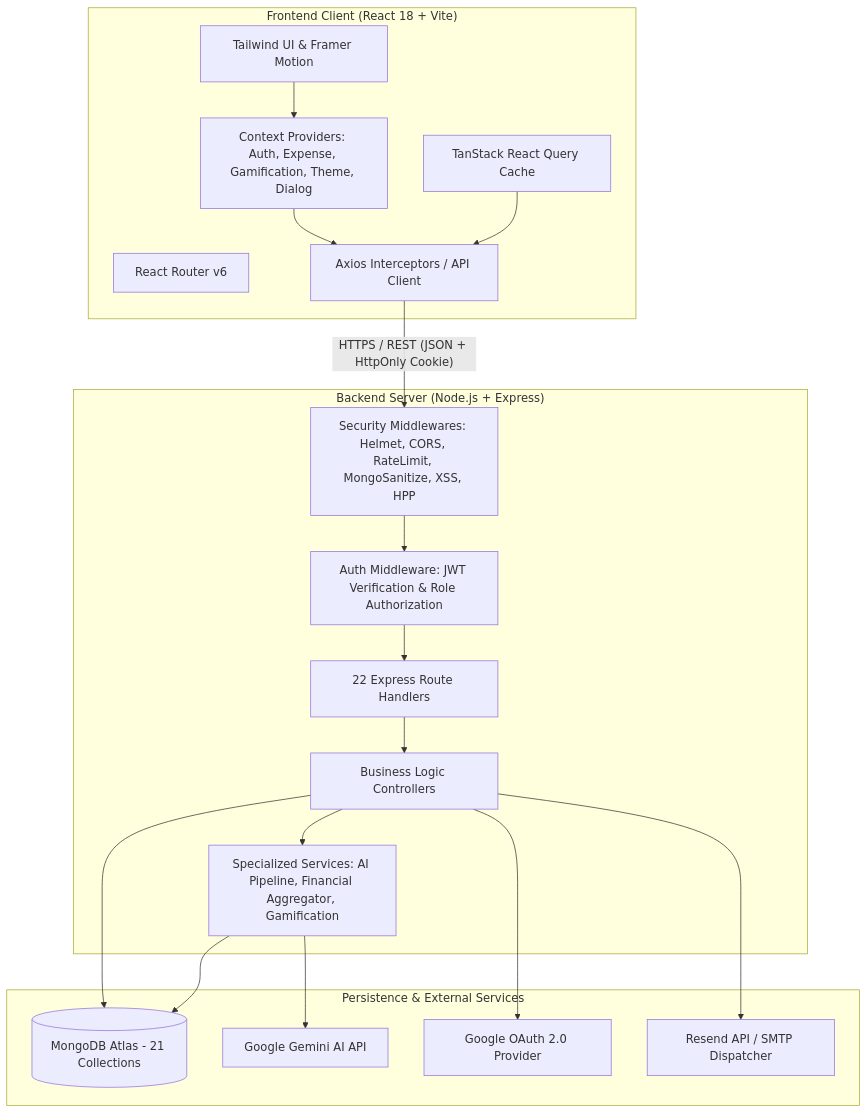
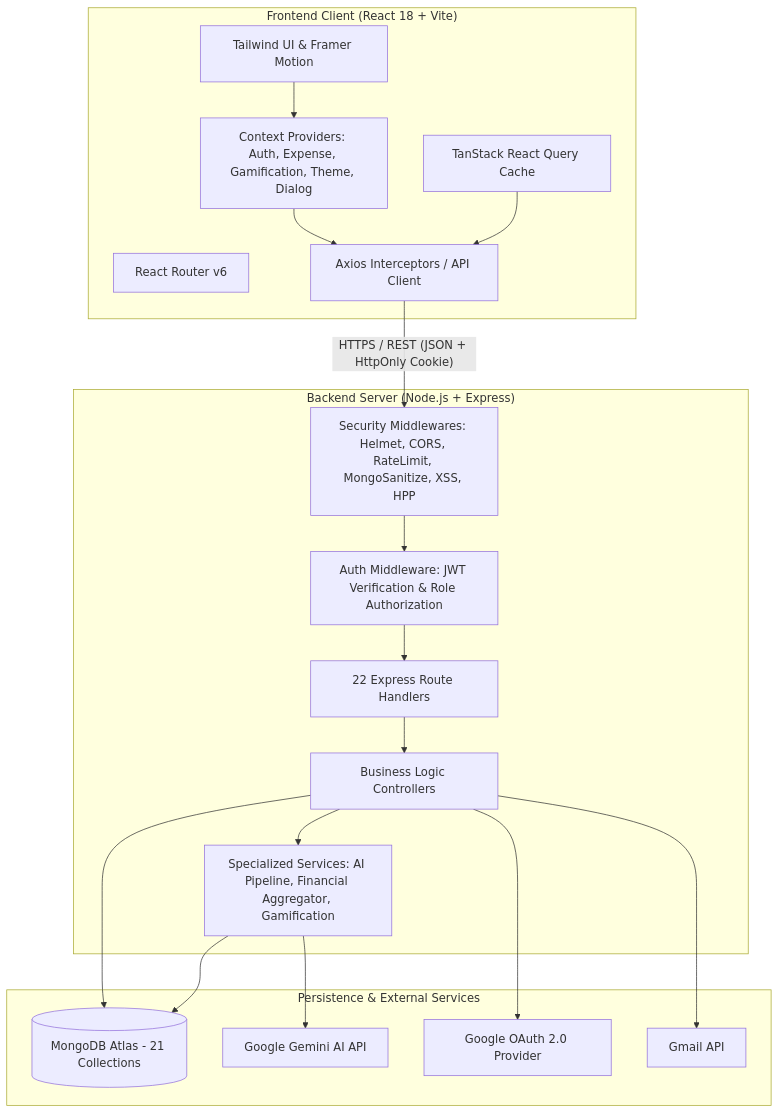
One commit to adityadhobale1710/Expense-Tracker changed the first of 4 diagrams in Expense_Tracker_MERN_System_Architecture.md. Above: the diagram before and after it, drawn with Mermaid. The commit also changed 16 other files, not shown here.

Commit message:
feat: implement user authentication system with email verification, JWT token refresh, and extended user model schema

````diff
--- a/Expense_Tracker_MERN_System_Architecture.md
+++ b/Expense_Tracker_MERN_System_Architecture.md
@@ -13,39 +13,39 @@
 ```mermaid
 graph TD
     subgraph Client_Layer ["Frontend Client (React 18 + Vite)"]
         UI[Tailwind UI & Framer Motion]
         Router[React Router v6]
         Context[Context Providers: Auth, Expense, Gamification, Theme, Dialog]
         AxiosClient[Axios Interceptors / API Client]
         Query[TanStack React Query Cache]
     end
 
     subgraph API_Gateway ["Backend Server (Node.js + Express)"]
         SecurityMW[Security Middlewares: Helmet, CORS, RateLimit, MongoSanitize, XSS, HPP]
         AuthMW[Auth Middleware: JWT Verification & Role Authorization]
         RouteLayer[22 Express Route Handlers]
         ControllerLayer[Business Logic Controllers]
         ServiceLayer[Specialized Services: AI Pipeline, Financial Aggregator, Gamification]
     end
 
     subgraph Data_Layer ["Persistence & External Services"]
         MongoDB[(MongoDB Atlas - 21 Collections)]
         GeminiAPI[Google Gemini AI API]
         OAuthProvider[Google OAuth 2.0 Provider]
-        EmailService[Resend API / SMTP Dispatcher]
+        EmailService[Gmail API]
     end
 
     UI --> Context
     Context --> AxiosClient
     Query --> AxiosClient
     AxiosClient -- "HTTPS / REST (JSON + HttpOnly Cookie)" --> SecurityMW
     SecurityMW --> AuthMW
     AuthMW --> RouteLayer
     RouteLayer --> ControllerLayer
     ControllerLayer --> ServiceLayer
     ControllerLayer --> MongoDB
     ServiceLayer --> MongoDB
     ServiceLayer --> GeminiAPI
     ControllerLayer --> OAuthProvider
     ControllerLayer --> EmailService
 ```
````
